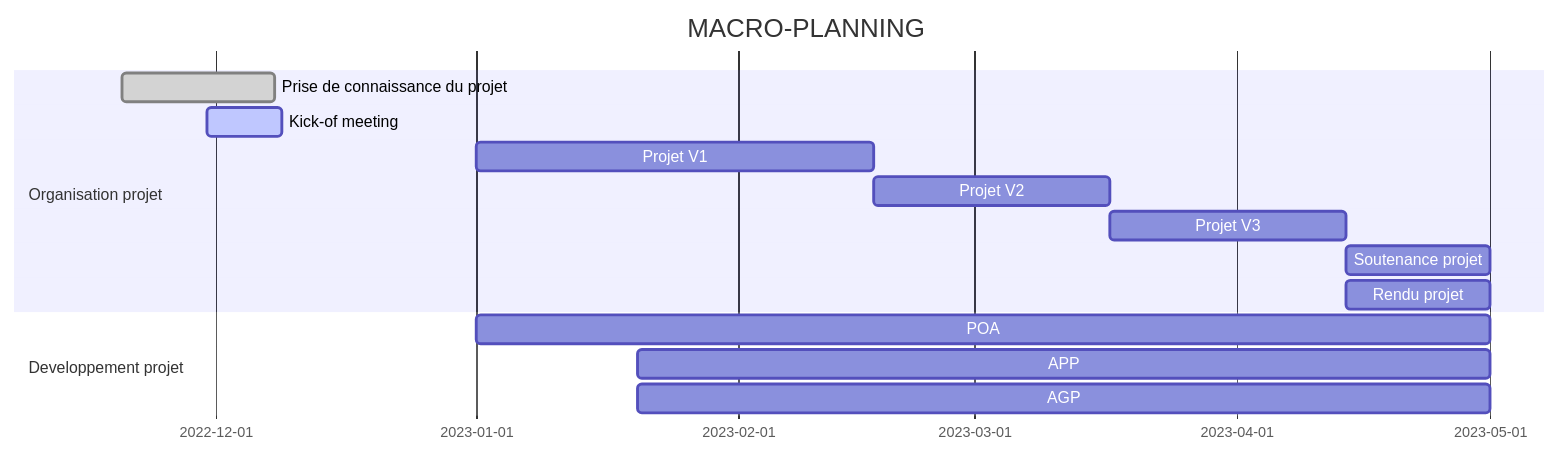
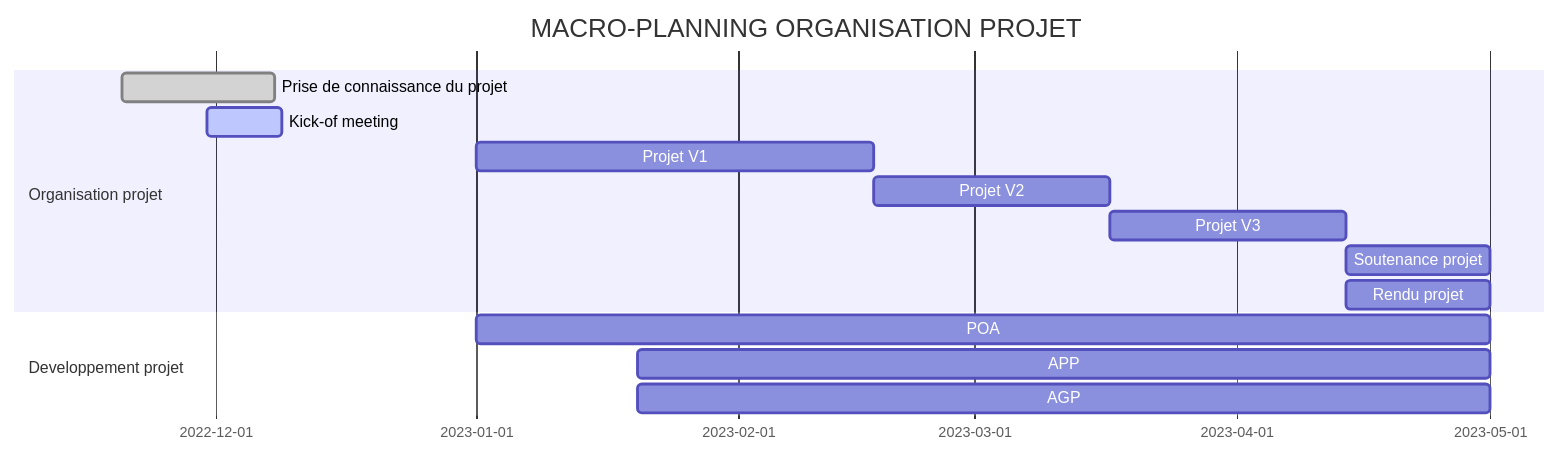
One commit to morganLantrade/TP_M1 changed the first of 2 diagrams in readme.md. Above: the diagram before and after it, drawn with Mermaid. The commit also changed other lines of this file, not shown here.

````diff
--- a/readme.md
+++ b/readme.md
@@ -50,20 +49,20 @@
 ```mermaid
 gantt
 dateFormat  YYYY-MM-DD
 
-title MACRO-PLANNING
+title MACRO-PLANNING ORGANISATION PROJET
 
 section Organisation projet
 Prise de connaissance du projet            :done,    des1, 2022-11-20,18d
 Kick-of meeting               :active,  des2, 2022-11-30,9d
 Projet V1               	:         des3, 2023-01-01,2023-02-17
 Projet V2                :        des4, 2023-02-17,2023-03-17
 Projet V3                 :        des5, 2023-03-17,2023-04-14
 Soutenance projet                :        after des5,2023-05-01
 Rendu projet                :        after des5,2023-05-01
 
 section Developpement projet
 POA               :2023-01-01,2023-05-01
 APP      :2023-01-20,2023-05-01
 AGP    :2023-01-20,2023-05-01
 ```
````
